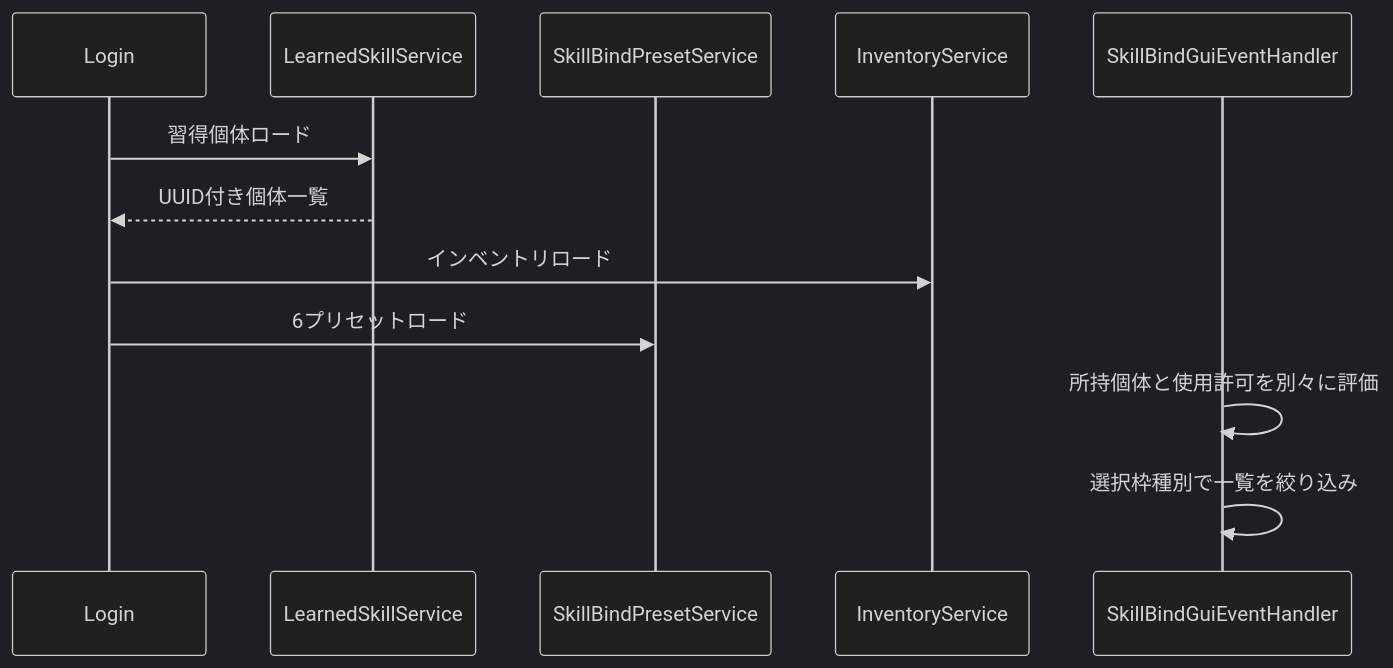
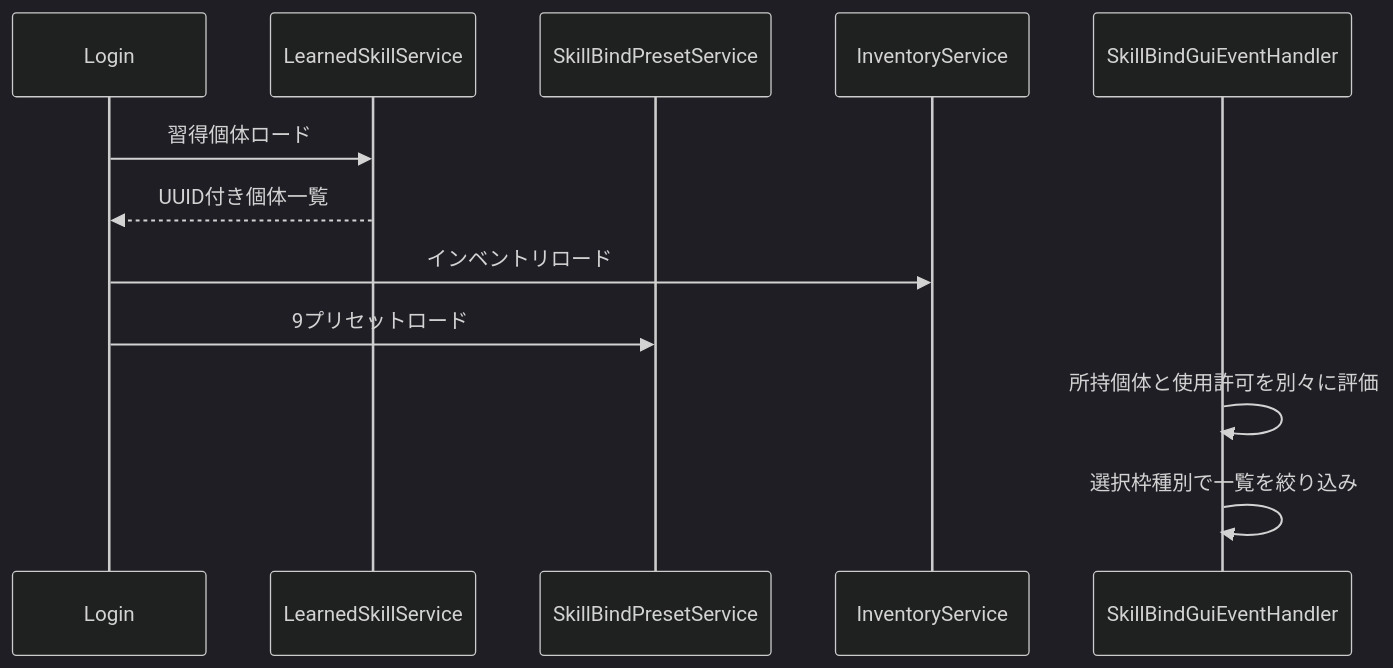
The first of 3 diagrams in 00_docs/10_Plugin設計書/feature/13-skill/4-統合フロー/13_4-スキルバインドGUI.md (maaasu/AstralRecord-Workspace), drawn with Mermaid (dark theme) before and after one commit. The commit also changed other lines of this file and 29 other files, not shown here.

````diff
--- a/00_docs/10_Plugin設計書/feature/13-skill/4-統合フロー/13_4-スキルバインドGUI.md
+++ b/00_docs/10_Plugin設計書/feature/13-skill/4-統合フロー/13_4-スキルバインドGUI.md
@@ -5,15 +5,15 @@
 ```mermaid
 sequenceDiagram
     participant Login
     participant Learned as LearnedSkillService
     participant Preset as SkillBindPresetService
     participant Inventory as InventoryService
     participant GUI as SkillBindGuiEventHandler
 
     Login->>Learned: 習得個体ロード
     Learned-->>Login: UUID付き個体一覧
     Login->>Inventory: インベントリロード
-    Login->>Preset: 6プリセットロード
+    Login->>Preset: 9プリセットロード
     GUI->>GUI: 所持個体と使用許可を別々に評価
     GUI->>GUI: 選択枠種別で一覧を絞り込み
 ```
````
